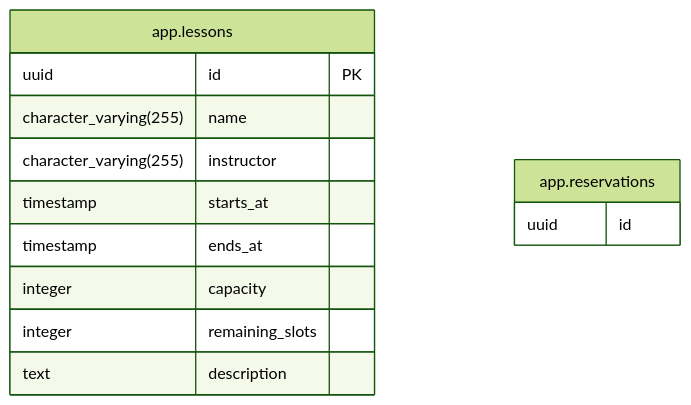
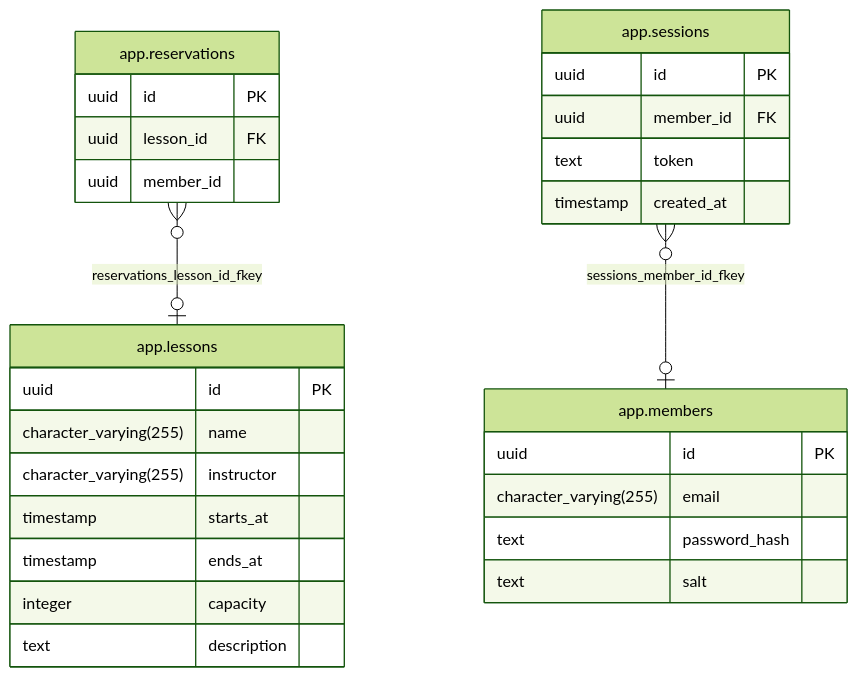
One commit to NabeKz/gym-app changed the diagram in docs/erd.md. Above: the diagram before and after it, drawn with Mermaid (forest theme). The commit also changed 2 other files, not shown here.

Commit message:
feat: impl lefthook

````diff
--- a/docs/erd.md
+++ b/docs/erd.md
@@ -1,16 +1,31 @@
 ```mermaid
 erDiagram
     app_lessons["app.lessons"] {
       uuid id PK
       character_varying(255) name
       character_varying(255) instructor
       timestamp starts_at
       timestamp ends_at
       integer capacity
-      integer remaining_slots
       text description
     }
+    app_members["app.members"] {
+      uuid id PK
+      character_varying(255) email
+      text password_hash
+      text salt
+    }
     app_reservations["app.reservations"] {
-      uuid id
+      uuid id PK
+      uuid lesson_id FK
+      uuid member_id
     }
+    app_reservations }o--o| app_lessons : reservations_lesson_id_fkey
+    app_sessions["app.sessions"] {
+      uuid id PK
+      uuid member_id FK
+      text token
+      timestamp created_at
+    }
+    app_sessions }o--o| app_members : sessions_member_id_fkey
 ```
````
